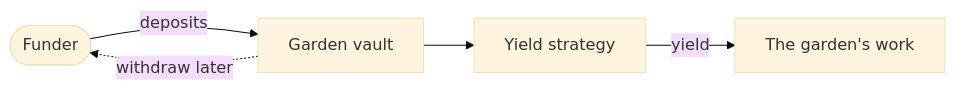
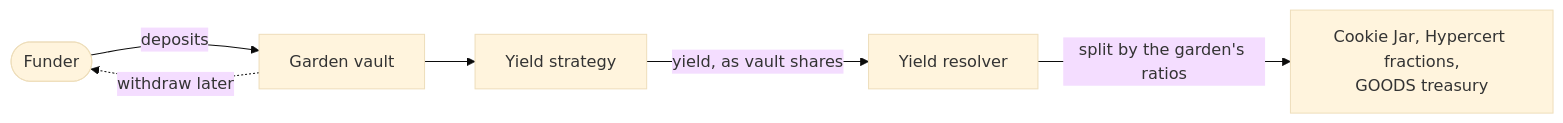
The diagram in docs/docs/builders/integrations/octant.mdx (greenpill-dev-guild/green-goods), drawn with Mermaid (base theme) before and after one commit. The commit also changed other lines of this file and 15 other files, not shown here.

First line of the commit message:
docs(builders): count schema registrations for EAS, state vault custody, and mark three setups best-effort

````diff
--- a/docs/docs/builders/integrations/octant.mdx
+++ b/docs/docs/builders/integrations/octant.mdx
@@ -39,7 +42,8 @@
 ```mermaid
 flowchart LR
   funder([Funder]) -->|deposits| vault["Garden vault"]
   vault --> strategy["Yield strategy"]
-  strategy -->|yield| garden["The garden's work"]
+  strategy -->|yield, as vault shares| resolver["Yield resolver"]
+  resolver -->|split by the garden's ratios| work["Cookie Jar, Hypercert fractions,<br/>GOODS treasury"]
   vault -.->|withdraw later| funder
 ```
````
